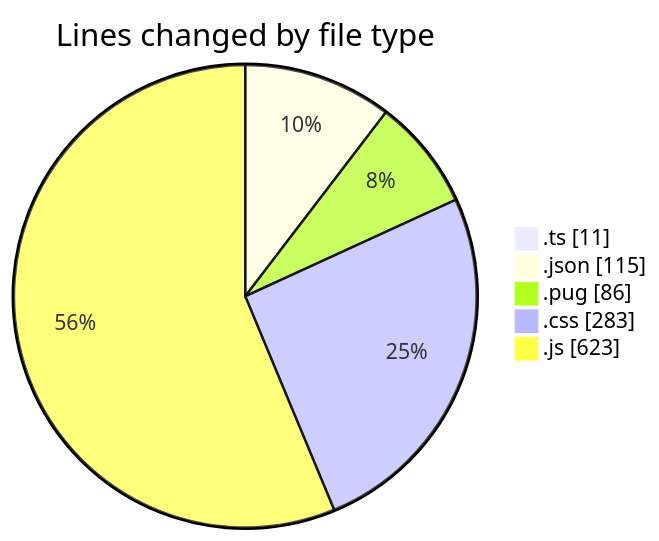
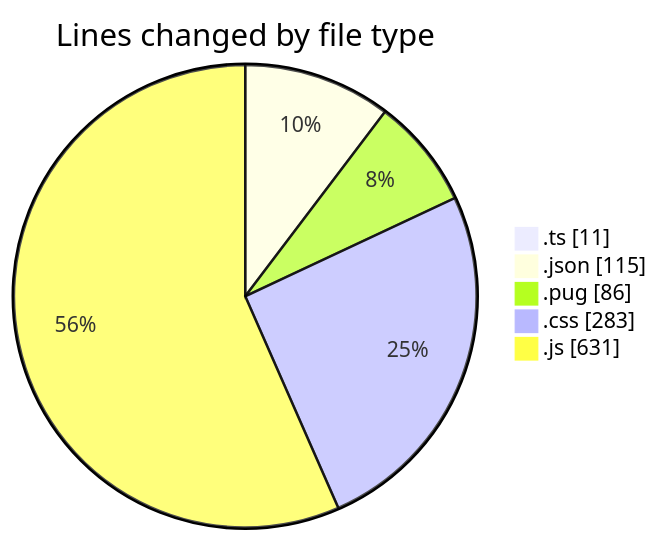
Before and after one commit to momahboobian/code-tracking: the first of 2 diagrams in 2025-02-24/cda/README.md, drawn with Mermaid. The commit also changed other lines of this file and 1 other file, not shown here.

````diff
--- a/2025-02-24/cda/README.md
+++ b/2025-02-24/cda/README.md
@@ -31,9 +31,9 @@
 ```mermaid
 pie showData
 title Lines changed by file type
 ".ts" : 11
 ".json" : 115
 ".pug" : 86
 ".css" : 283
-".js" : 623
+".js" : 631
 ```
````
